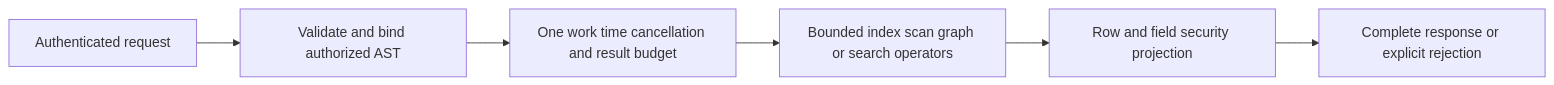
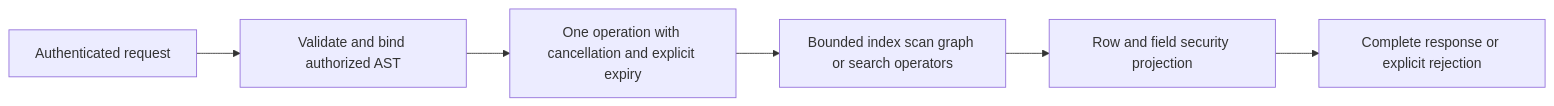
One commit to managedcode/KeyLoad changed the diagram in docs/ADR/ADR-010-query-budgets-security.md. Above: the diagram before and after it, drawn with Mermaid. The commit also changed other lines of this file and 673 other files, not shown here.

````diff
--- a/docs/ADR/ADR-010-query-budgets-security.md
+++ b/docs/ADR/ADR-010-query-budgets-security.md
@@ -29,8 +29,8 @@
 ```mermaid
 flowchart LR
     Request[Authenticated request] --> Parse[Validate and bind authorized AST]
-    Parse --> Budget[One work time cancellation and result budget]
+    Parse --> Budget[One operation with cancellation and explicit expiry]
     Budget --> Operators[Bounded index scan graph or search operators]
     Operators --> Barrier[Row and field security projection]
     Barrier --> Result[Complete response or explicit rejection]
 ```
````
